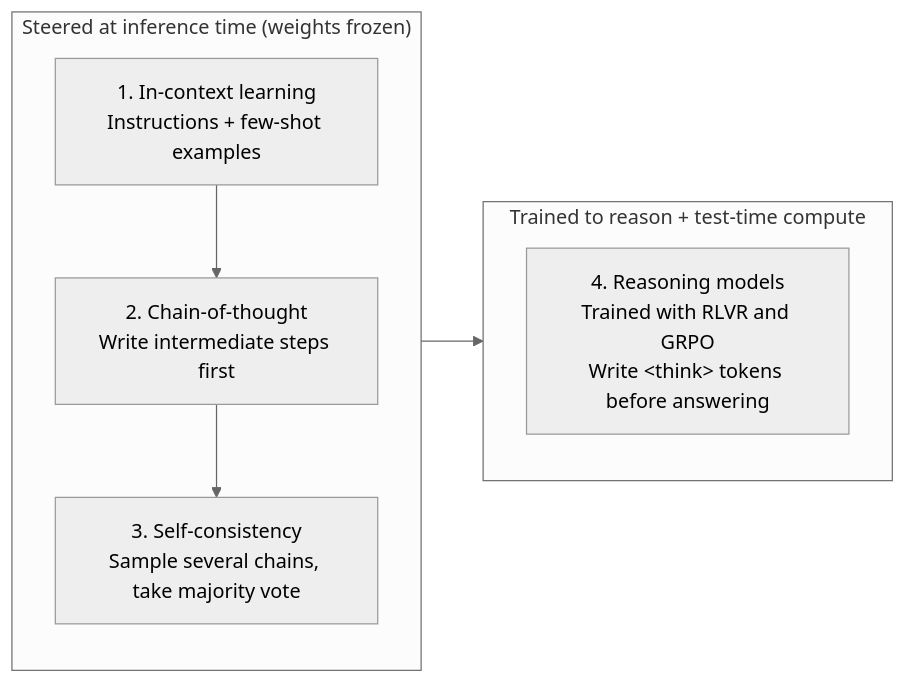
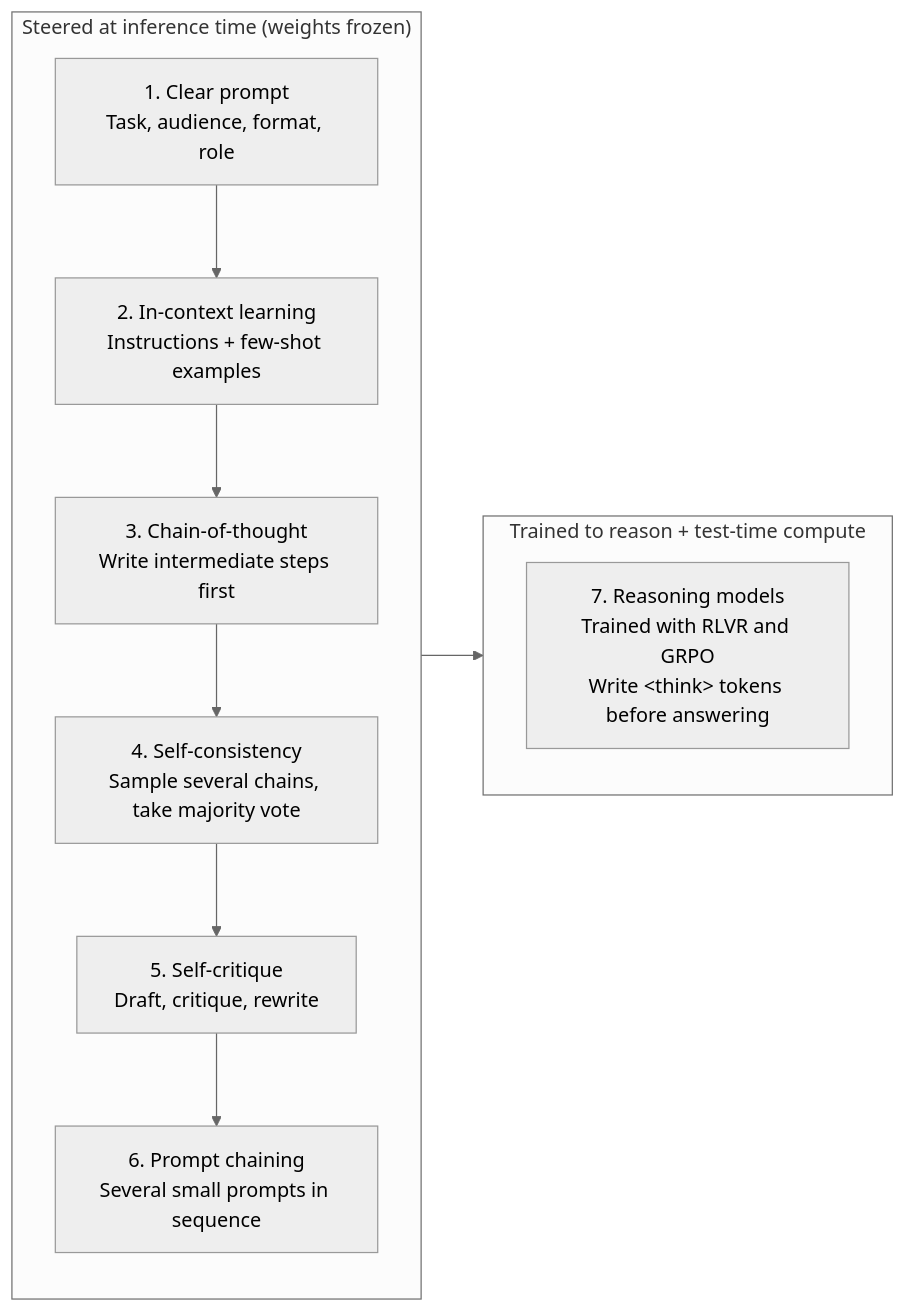
The first of 7 diagrams in docs/06-prompting.md (alex2t/how-llms-work), drawn with Mermaid (neutral theme) before and after one commit. The commit also changed other lines of this file and 8 other files, not shown here.

First line of the commit message:
ch6-8: CS230 Lecture 8 — new Chapter 7 (RAG) and Chapter 8 (Agents); ch6: clear prompts, jagged frontier, self-critique, prompt chaining, Gemini rewrite with review fixes

````diff
--- a/docs/06-prompting.md
+++ b/docs/06-prompting.md
@@ -12,12 +15,13 @@
 ```mermaid
 flowchart LR
   subgraph PromptTime["Steered at inference time (weights frozen)"]
     direction TB
-    P1["1. In-context learning<br/>Instructions + few-shot examples"] --> P2["2. Chain-of-thought<br/>Write intermediate steps first"] --> P3["3. Self-consistency<br/>Sample several chains, take majority vote"]
+    P0["1. Clear prompt<br/>Task, audience, format, role"] --> P1["2. In-context learning<br/>Instructions + few-shot examples"] --> P2["3. Chain-of-thought<br/>Write intermediate steps first"] --> P3["4. Self-consistency<br/>Sample several chains, take majority vote"]
+    P3 --> P5["5. Self-critique<br/>Draft, critique, rewrite"] --> P6["6. Prompt chaining<br/>Several small prompts in sequence"]
   end
   subgraph TrainedReasoning["Trained to reason + test-time compute"]
     direction TB
-    P4["4. Reasoning models<br/>Trained with RLVR and GRPO<br/>Write &lt;think&gt; tokens before answering"]
+    P4["7. Reasoning models<br/>Trained with RLVR and GRPO<br/>Write &lt;think&gt; tokens before answering"]
   end
   PromptTime --> TrainedReasoning
 ```
````
